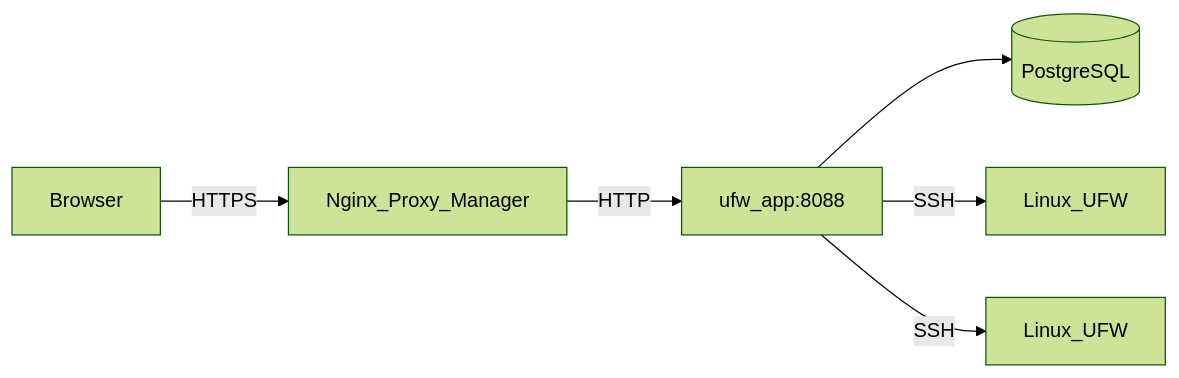
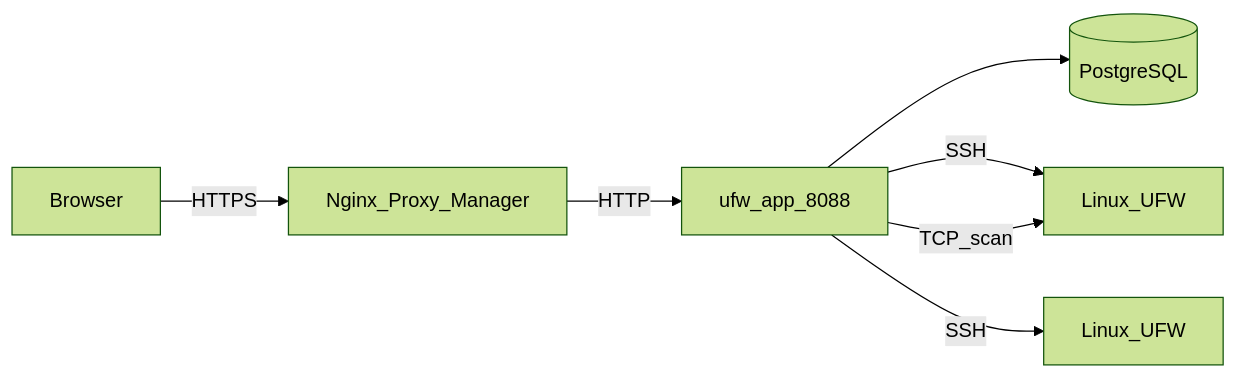
One commit to finenumbers/ufw changed the first of 2 diagrams in docs/en/architecture.md. Above: the diagram before and after it, drawn with Mermaid (forest theme). The commit also changed other lines of this file and 204 other files, not shown here.

````diff
--- a/docs/en/architecture.md
+++ b/docs/en/architecture.md
@@ -21,8 +21,9 @@
 ```mermaid
 flowchart LR
   Browser -->|HTTPS| NPM[Nginx_Proxy_Manager]
-  NPM -->|HTTP| App[ufw_app:8088]
+  NPM -->|HTTP| App[ufw_app_8088]
   App --> DB[(PostgreSQL)]
   App -->|SSH| Server1[Linux_UFW]
   App -->|SSH| Server2[Linux_UFW]
+  App -->|TCP_scan| Server1
 ```
````
